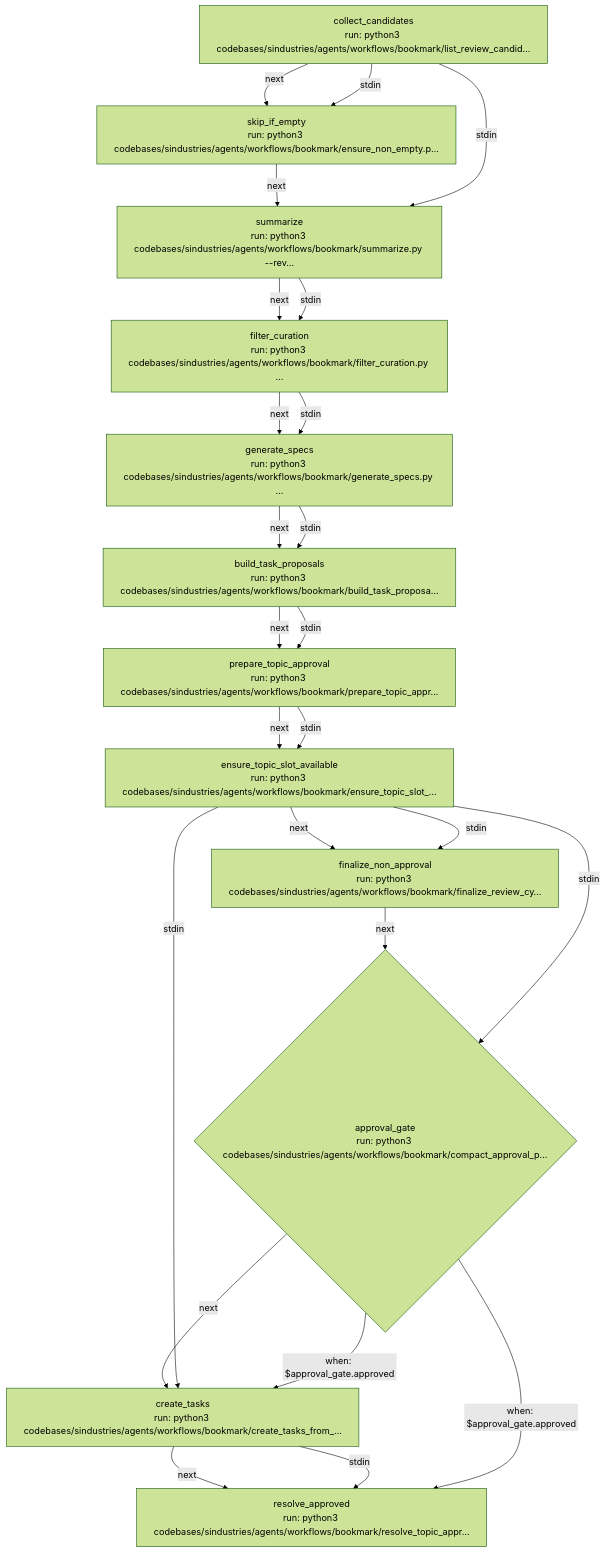
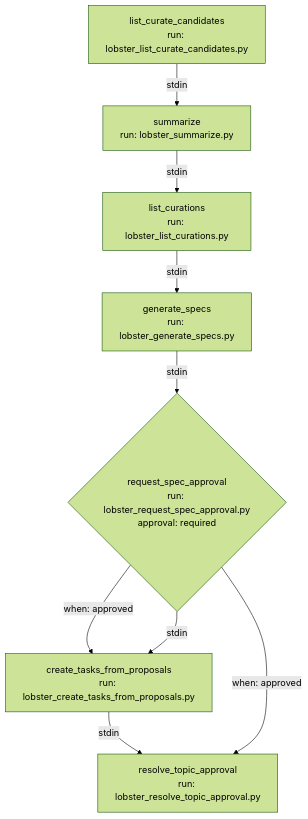
One commit to Stoffer-Industries/sindustries changed the diagram in lobster/x-bookmarks-review-pipeline.mermaid.md. Above: the diagram before and after it, drawn with Mermaid (forest theme). The commit also changed 10 other files, not shown here.

First line of the commit message:
refactor(lobster): merge 4 approval-prep steps into request_spec_approval

````diff
--- a/lobster/x-bookmarks-review-pipeline.mermaid.md
+++ b/lobster/x-bookmarks-review-pipeline.mermaid.md
@@ -1,40 +1,19 @@
 ```mermaid
 flowchart TD
-  collect_candidates["collect_candidates\nrun: python3 codebases/sindustries/agents/workflows/bookmark/list_review_candid…"]
-  skip_if_empty["skip_if_empty\nrun: python3 codebases/sindustries/agents/workflows/bookmark/ensure_non_empty.p…"]
-  summarize["summarize\nrun: python3 codebases/sindustries/agents/workflows/bookmark/summarize.py --rev…"]
-  filter_curation["filter_curation\nrun: python3 codebases/sindustries/agents/workflows/bookmark/filter_curation.py …"]
-  generate_specs["generate_specs\nrun: python3 codebases/sindustries/agents/workflows/bookmark/generate_specs.py …"]
-  build_task_proposals["build_task_proposals\nrun: python3 codebases/sindustries/agents/workflows/bookmark/build_task_proposa…"]
-  prepare_topic_approval["prepare_topic_approval\nrun: python3 codebases/sindustries/agents/workflows/bookmark/prepare_topic_appr…"]
-  ensure_topic_slot_available["ensure_topic_slot_available\nrun: python3 codebases/sindustries/agents/workflows/bookmark/ensure_topic_slot_…"]
-  finalize_non_approval["finalize_non_approval\nrun: python3 codebases/sindustries/agents/workflows/bookmark/finalize_review_cy…"]
-  approval_gate{"approval_gate\nrun: python3 codebases/sindustries/agents/workflows/bookmark/compact_approval_p…"}
-  create_tasks["create_tasks\nrun: python3 codebases/sindustries/agents/workflows/bookmark/create_tasks_from_…"]
-  resolve_approved["resolve_approved\nrun: python3 codebases/sindustries/agents/workflows/bookmark/resolve_topic_appr…"]
+  list_curate_candidates["list_curate_candidates\nrun: lobster_list_curate_candidates.py"]
+  summarize["summarize\nrun: lobster_summarize.py"]
+  list_curations["list_curations\nrun: lobster_list_curations.py"]
+  generate_specs["generate_specs\nrun: lobster_generate_specs.py"]
+  request_spec_approval{"request_spec_approval\nrun: lobster_request_spec_approval.py\napproval: required"}
+  create_tasks_from_proposals["create_tasks_from_proposals\nrun: lobster_create_tasks_from_proposals.py"]
+  resolve_topic_approval["resolve_topic_approval\nrun: lobster_resolve_topic_approval.py"]
 
-  collect_candidates -->|next| skip_if_empty
-  collect_candidates -->|stdin| skip_if_empty
-  skip_if_empty -->|next| summarize
-  collect_candidates -->|stdin| summarize
-  summarize -->|next| filter_curation
-  summarize -->|stdin| filter_curation
-  filter_curation -->|next| generate_specs
-  filter_curation -->|stdin| generate_specs
-  generate_specs -->|next| build_task_proposals
-  generate_specs -->|stdin| build_task_proposals
-  build_task_proposals -->|next| prepare_topic_approval
-  build_task_proposals -->|stdin| prepare_topic_approval
-  prepare_topic_approval -->|next| ensure_topic_slot_available
-  prepare_topic_approval -->|stdin| ensure_topic_slot_available
-  ensure_topic_slot_available -->|next| finalize_non_approval
-  ensure_topic_slot_available -->|stdin| finalize_non_approval
-  finalize_non_approval -->|next| approval_gate
-  ensure_topic_slot_available -->|stdin| approval_gate
-  approval_gate -->|next| create_tasks
-  ensure_topic_slot_available -->|stdin| create_tasks
-  approval_gate -->|when: $approval_gate.approved| create_tasks
-  create_tasks -->|next| resolve_approved
-  create_tasks -->|stdin| resolve_approved
-  approval_gate -->|when: $approval_gate.approved| resolve_approved
+  list_curate_candidates -->|stdin| summarize
+  summarize -->|stdin| list_curations
+  list_curations -->|stdin| generate_specs
+  generate_specs -->|stdin| request_spec_approval
+  request_spec_approval -->|when: approved| create_tasks_from_proposals
+  request_spec_approval -->|stdin| create_tasks_from_proposals
+  create_tasks_from_proposals -->|stdin| resolve_topic_approval
+  request_spec_approval -->|when: approved| resolve_topic_approval
 ```
````
